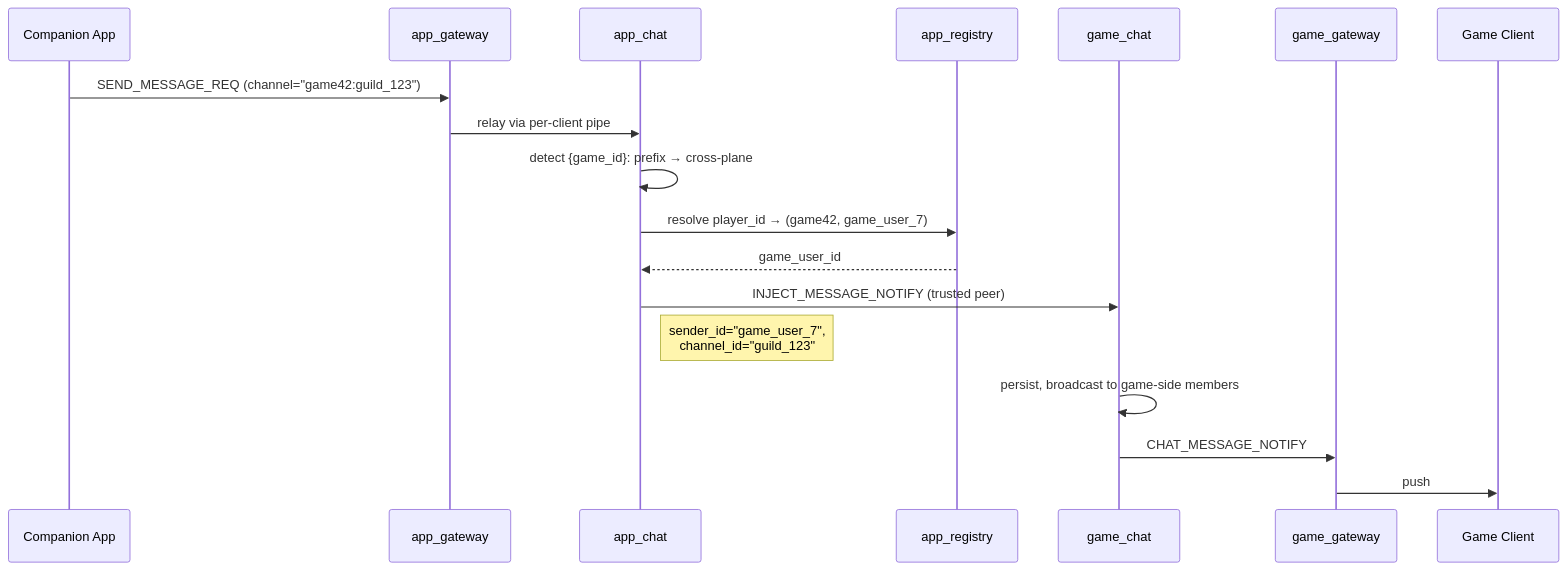
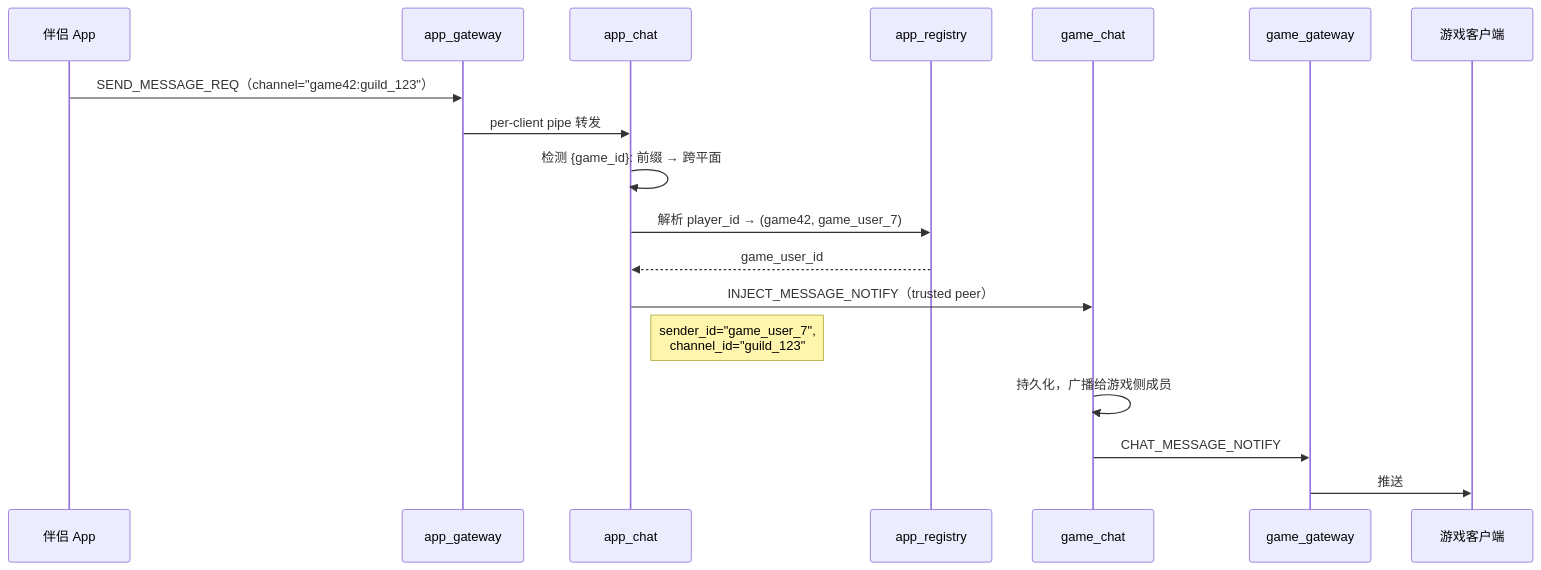
One commit to cuihairu/chirp changed the fourth of 5 diagrams in docs/architecture.md. Above: the diagram before and after it, drawn with Mermaid. The commit also changed other lines of this file, not shown here.

Commit message:
docs: rewrite architecture.md entirely in Chinese

````diff
--- a/docs/architecture.md
+++ b/docs/architecture.md
@@ -192,21 +192,21 @@
 ```mermaid
 sequenceDiagram
-    participant A as Companion App
+    participant A as 伴侣 App
     participant AG as app_gateway
     participant AC as app_chat
     participant AR as app_registry
     participant GC as game_chat
     participant G as game_gateway
-    participant C as Game Client
+    participant C as 游戏客户端
 
-    A->>AG: SEND_MESSAGE_REQ (channel="game42:guild_123")
-    AG->>AC: relay via per-client pipe
-    AC->>AC: detect {game_id}: prefix → cross-plane
-    AC->>AR: resolve player_id → (game42, game_user_7)
+    A->>AG: SEND_MESSAGE_REQ（channel="game42:guild_123"）
+    AG->>AC: per-client pipe 转发
+    AC->>AC: 检测 {game_id}: 前缀 → 跨平面
+    AC->>AR: 解析 player_id → (game42, game_user_7)
     AR-->>AC: game_user_id
-    AC->>GC: INJECT_MESSAGE_NOTIFY (trusted peer)
+    AC->>GC: INJECT_MESSAGE_NOTIFY（trusted peer）
     Note right of AC: sender_id="game_user_7",<br/>channel_id="guild_123"
-    GC->>GC: persist, broadcast to game-side members
+    GC->>GC: 持久化，广播给游戏侧成员
     GC->>G: CHAT_MESSAGE_NOTIFY
-    G->>C: push
+    G->>C: 推送
 ```
````
